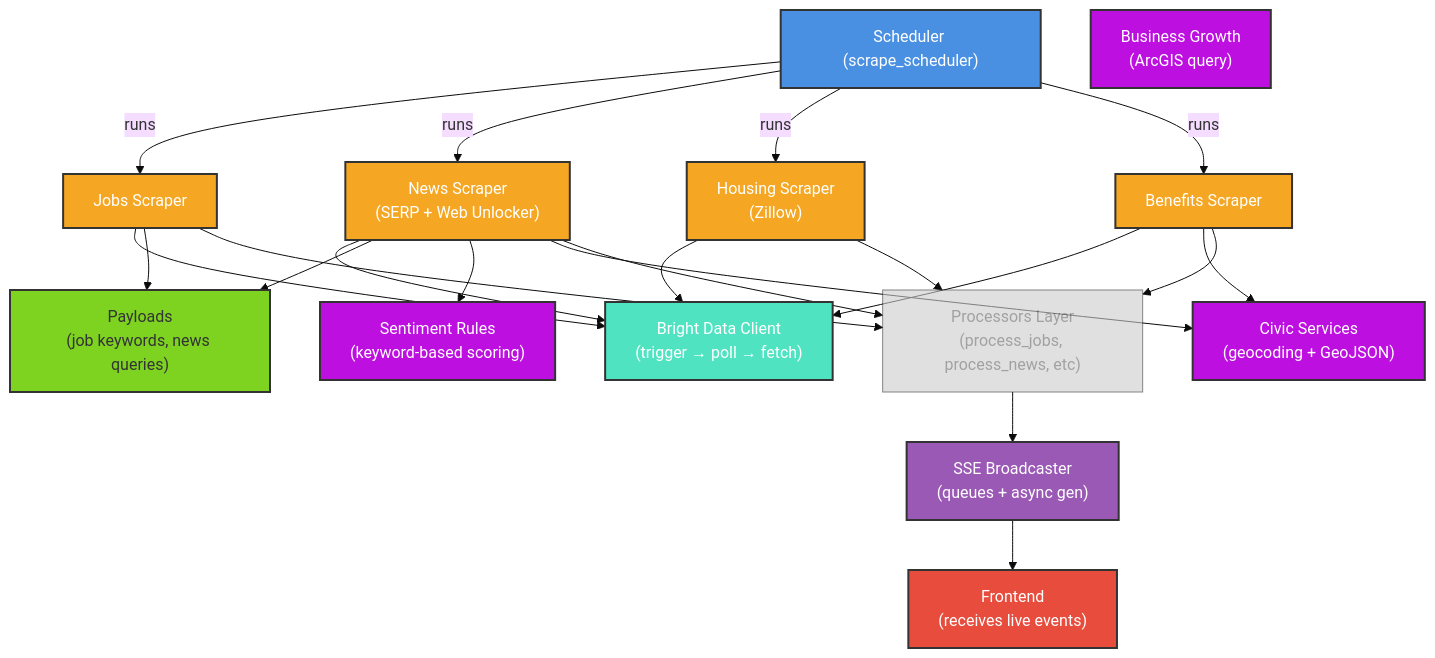
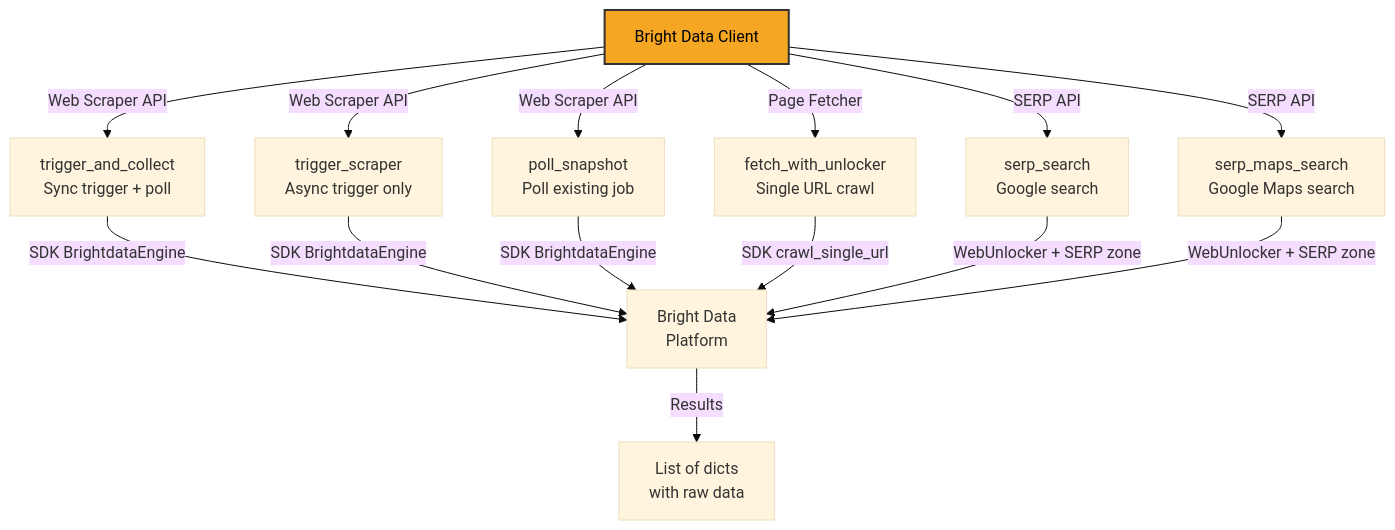
The first of 3 diagrams in backend/core/README.md (h19overflow/pegasus), drawn with Mermaid (base theme) before and after one commit. The commit also changed other lines of this file and 8 other files, not shown here.

````diff
--- a/backend/core/README.md
+++ b/backend/core/README.md
@@ -16,55 +33,22 @@
 ```mermaid
 graph TD
-    Schedule["Scheduler (scrape_scheduler)"]:::schedule
+    A["Bright Data Client"]:::api
+    A -->|Web Scraper API| B["trigger_and_collect<br/>Sync trigger + poll"]
+    A -->|Web Scraper API| C["trigger_scraper<br/>Async trigger only"]
+    A -->|Web Scraper API| D["poll_snapshot<br/>Poll existing job"]
+    A -->|Page Fetcher| E["fetch_with_unlocker<br/>Single URL crawl"]
+    A -->|SERP API| F["serp_search<br/>Google search"]
+    A -->|SERP API| G["serp_maps_search<br/>Google Maps search"]
 
-    Jobs["Jobs Scraper"]:::external
-    News["News Scraper<br/>(SERP + Web Unlocker)"]:::external
-    Housing["Housing Scraper<br/>(Zillow)"]:::external
-    Benefits["Benefits Scraper"]:::external
+    B -->|SDK BrightdataEngine| H["Bright Data<br/>Platform"]
+    C -->|SDK BrightdataEngine| H
+    D -->|SDK BrightdataEngine| H
+    E -->|SDK crawl_single_url| H
+    F -->|WebUnlocker + SERP zone| H
+    G -->|WebUnlocker + SERP zone| H
 
-    BrightData["Bright Data Client<br/>(trigger → poll → fetch)"]:::api
-    GeoService["Civic Services<br/>(geocoding + GeoJSON)"]:::transform
-    BGrowth["Business Growth<br/>(ArcGIS query)"]:::transform
+    H -->|Results| I["List of dicts<br/>with raw data"]
 
-    Sentiment["Sentiment Rules<br/>(keyword-based scoring)"]:::transform
-    Payloads["Payloads<br/>(job keywords, news queries)"]:::config
-
-    Broadcast["SSE Broadcaster<br/>(queues + async gen)"]:::broadcast
-    Frontend["Frontend<br/>(receives live events)"]:::consumer
-
-    Processors["Processors Layer<br/>(process_jobs, process_news, etc)"]:::hidden
-
-    Schedule -->|runs| Jobs
-    Schedule -->|runs| News
-    Schedule -->|runs| Housing
-    Schedule -->|runs| Benefits
-
-    Jobs --> BrightData
-    News --> BrightData
-    Housing --> BrightData
-    Benefits --> BrightData
-
-    Jobs --> Payloads
-    News --> Payloads
-
-    News --> Sentiment
-    News --> GeoService
-    Benefits --> GeoService
-
-    Jobs --> Processors
-    News --> Processors
-    Housing --> Processors
-    Benefits --> Processors
-
-    Processors --> Broadcast
-    Broadcast --> Frontend
-
-    classDef schedule fill:#4A90E2,stroke:#333,stroke-width:2px,color:#fff
-    classDef external fill:#F5A623,stroke:#333,stroke-width:2px,color:#fff
-    classDef api fill:#50E3C2,stroke:#333,stroke-width:2px,color:#fff
-    classDef transform fill:#BD10E0,stroke:#333,stroke-width:2px,color:#fff
-    classDef config fill:#7ED321,stroke:#333,stroke-width:2px,color:#333
-    classDef broadcast fill:#9B59B6,stroke:#333,stroke-width:2px,color:#fff
-    classDef consumer fill:#E74C3C,stroke:#333,stroke-width:2px,color:#fff
-    classDef hidden fill:#ccc,stroke:#333,stroke-width:1px,color:#333,opacity:0.6
+    classDef api fill:#F5A623,stroke:#333,stroke-width:2px,color:#000
+    classDef service fill:#BD10E0,stroke:#333,stroke-width:2px,color:#fff
 ```
````
